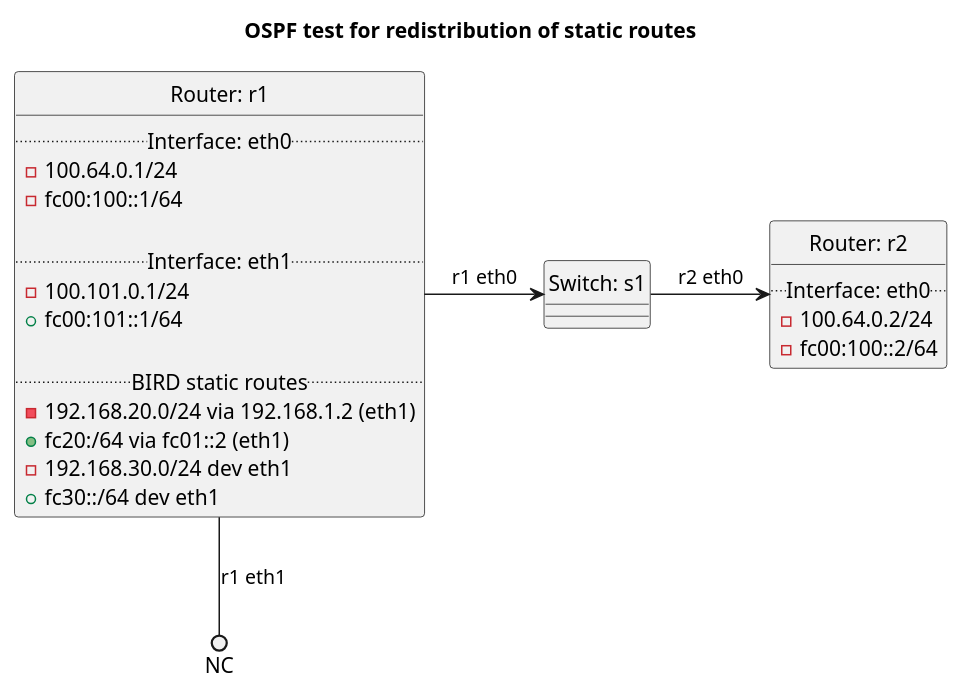
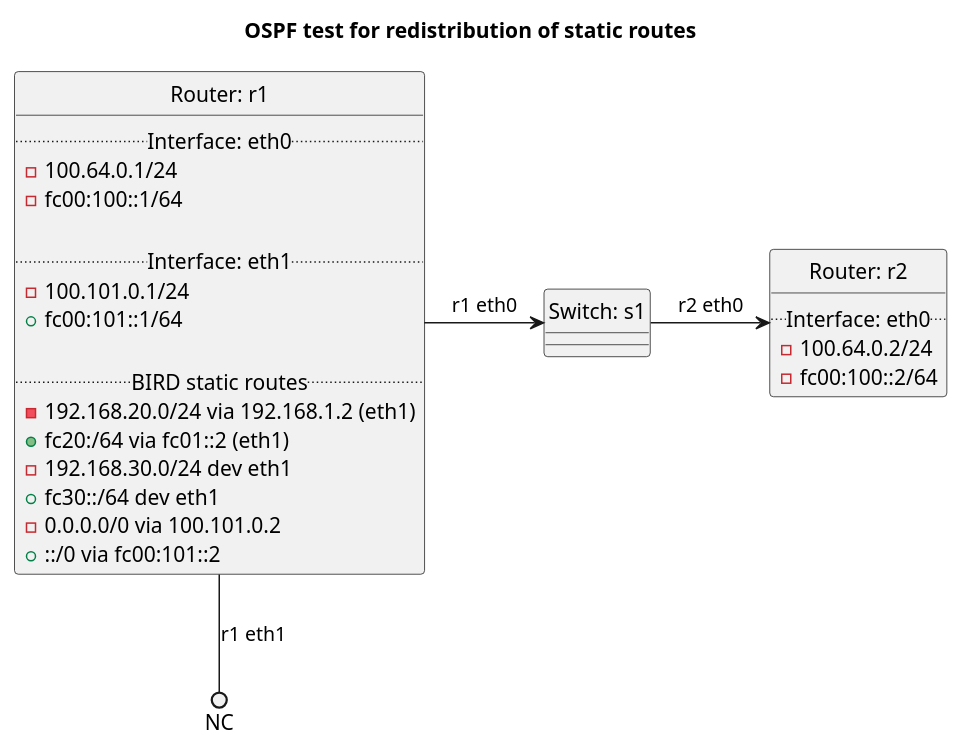
The diagram in tests/t30_ospf/t50_redistribute_static/README.md (oscdev-io/birdplan), drawn with PlantUML before and after one commit. The commit also changed 16 other files, not shown here.

````diff
--- a/tests/t30_ospf/t50_redistribute_static/README.md
+++ b/tests/t30_ospf/t50_redistribute_static/README.md
@@ -16,40 +16,42 @@
 ```plantuml
 @startuml
 hide circle
 title OSPF test for redistribution of static routes
 
 
 class "Router: r1" {
   .. Interface: eth0 ..
 - 100.64.0.1/24
 - fc00:100::1/64
 
   .. Interface: eth1 ..
 - 100.101.0.1/24
 + fc00:101::1/64
 
   .. BIRD static routes ..
 - 192.168.20.0/24 via 192.168.1.2 (eth1)
 + fc20:/64 via fc01::2 (eth1)
 - 192.168.30.0/24 dev eth1
 + fc30::/64 dev eth1
+- 0.0.0.0/0 via 100.101.0.2
++ ::/0 via fc00:101::2
 }
 
 
 class "Router: r2" {
   .. Interface: eth0 ..
 - 100.64.0.2/24
 - fc00:100::2/64
 }
 
 
 
 class "Switch: s1" {}
 
 
 "Router: r1" -> "Switch: s1": r1 eth0
 "Switch: s1" -> "Router: r2": r2 eth0
 "Router: r1" --() NC: r1 eth1
 
 @enduml
 ```
````
